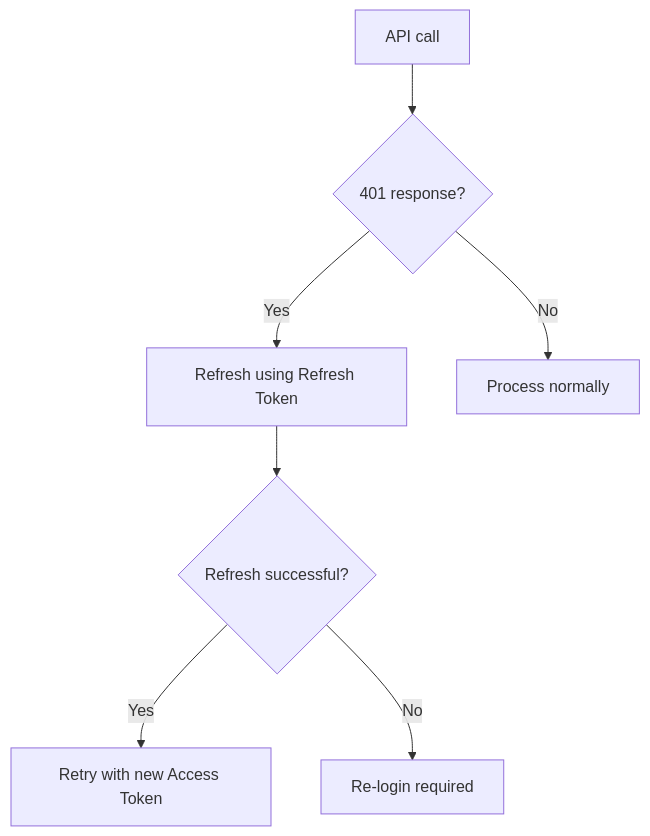
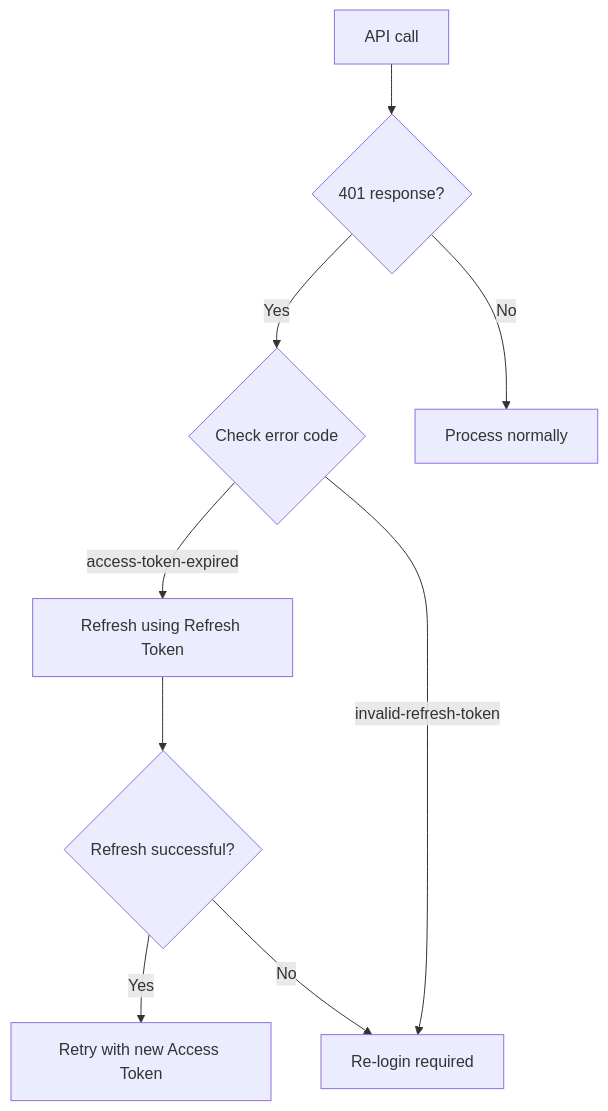
Before and after one commit to popup-studio-ai/bkend-docs: the diagram in en/troubleshooting/03-auth-issues.md, drawn with Mermaid. The commit also changed other lines of this file and 424 other files, not shown here.

````diff
--- a/en/troubleshooting/03-auth-issues.md
+++ b/en/troubleshooting/03-auth-issues.md
@@ -67,9 +127,11 @@
 ```mermaid
 flowchart TD
     A[API call] --> B{401 response?}
-    B -->|Yes| C[Refresh using Refresh Token]
-    C --> D{Refresh successful?}
-    D -->|Yes| E[Retry with new Access Token]
-    D -->|No| F[Re-login required]
-    B -->|No| G[Process normally]
+    B -->|Yes| C{Check error code}
+    C -->|access-token-expired| D[Refresh using Refresh Token]
+    C -->|invalid-refresh-token| F[Re-login required]
+    D --> E{Refresh successful?}
+    E -->|Yes| G[Retry with new Access Token]
+    E -->|No| F
+    B -->|No| H[Process normally]
 ```
````
